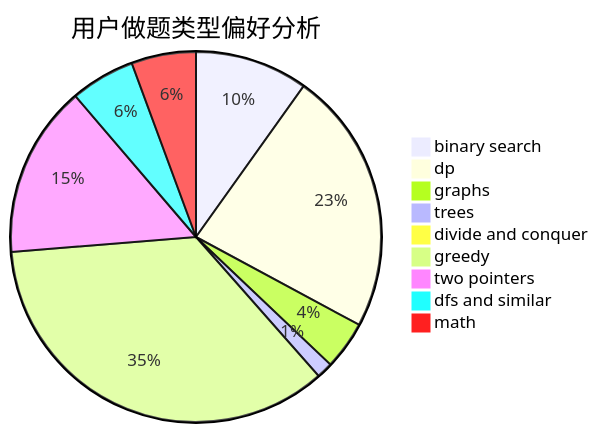
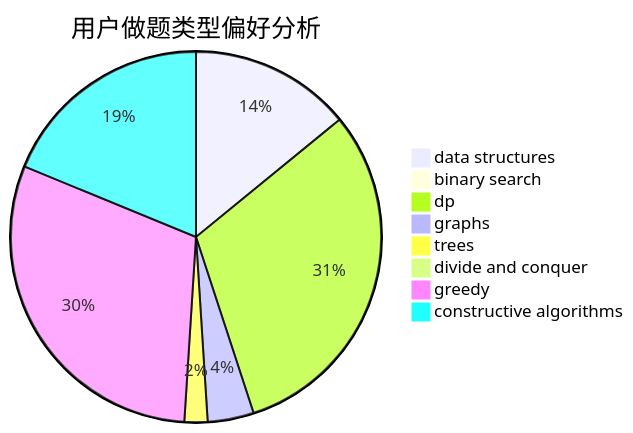
The second of 3 diagrams in docs/user/u2362.md (sherpahu/cfrs.github.io), drawn with Mermaid before and after one commit. The commit also changed other lines of this file and 2775 other files, not shown here.

````diff
--- a/docs/user/u2362.md
+++ b/docs/user/u2362.md
@@ -23,12 +23,11 @@
 ```mermaid
 pie title 用户做题类型偏好分析
-    "binary search" :  21
-    "dp" :  49
-    "graphs" :  9
+    "data structures" :  21
+    "binary search" :  0
+    "dp" :  46
+    "graphs" :  6
     "trees" :  3
     "divide and conquer" :  0
-    "greedy" :  75
-    "two pointers" :  32
-    "dfs and similar" :  12
-    "math" :  12
+    "greedy" :  45
+    "constructive algorithms" :  28
 ```
````
